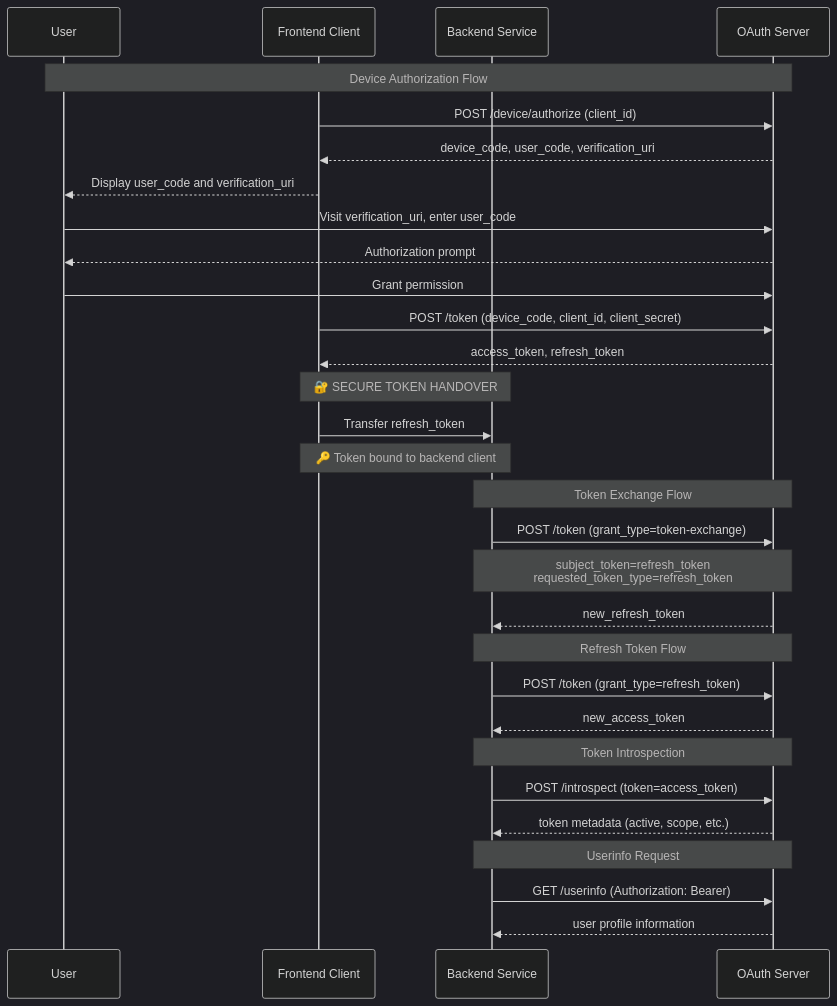
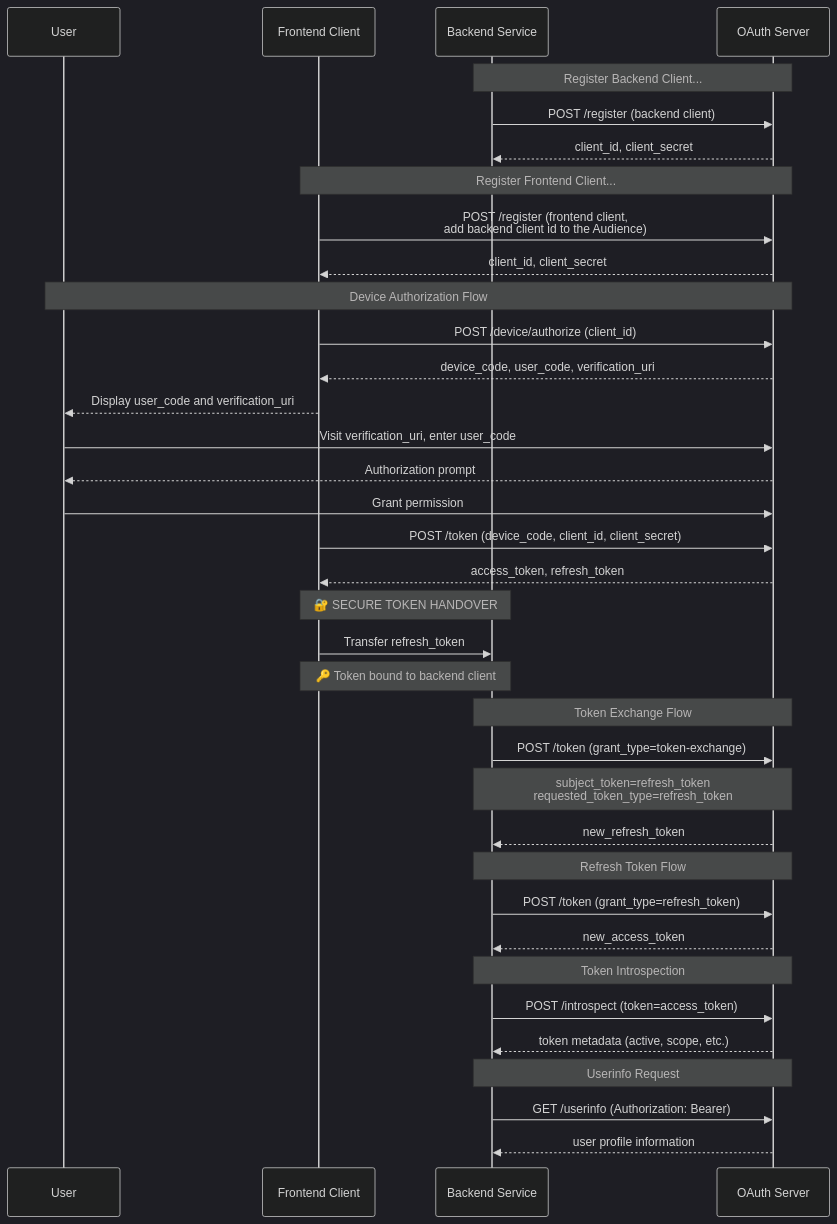
One commit to HarryKodden/token-exchange-demo changed the third of 3 diagrams in README.md. Above: the diagram before and after it, drawn with Mermaid (dark theme). The commit also changed other lines of this file, not shown here.

````diff
--- a/README.md
+++ b/README.md
@@ -407,39 +407,46 @@
 ```mermaid
 sequenceDiagram
     participant U as User
     participant F as Frontend Client
     participant B as Backend Service
     participant O as OAuth Server
 
+
+    Note over B,O: Register Backend Client...
+    B->>O: POST /register (backend client)
+    O-->>B: client_id, client_secret
+    Note over F,O: Register Frontend Client...
+    F->>O: POST /register (frontend client,<br/>add backend client id to the Audience)
+    O-->>F: client_id, client_secret
 
     Note over U,O: Device Authorization Flow
     F->>O: POST /device/authorize (client_id)
     O-->>F: device_code, user_code, verification_uri
     F-->>U: Display user_code and verification_uri
     U->>O: Visit verification_uri, enter user_code
     O-->>U: Authorization prompt
     U->>O: Grant permission
     F->>O: POST /token (device_code, client_id, client_secret)
     O-->>F: access_token, refresh_token
 
     Note over F,B: 🔐 SECURE TOKEN HANDOVER
     F->>B: Transfer refresh_token
     Note over F,B: 🔑 Token bound to backend client
 
     Note over B,O: Token Exchange Flow
     B->>O: POST /token (grant_type=token-exchange)
     Note over B,O: subject_token=refresh_token<br/>requested_token_type=refresh_token
     O-->>B: new_refresh_token
 
     Note over B,O: Refresh Token Flow
     B->>O: POST /token (grant_type=refresh_token)
     O-->>B: new_access_token
 
     Note over B,O: Token Introspection
     B->>O: POST /introspect (token=access_token)
     O-->>B: token metadata (active, scope, etc.)
 
     Note over B,O: Userinfo Request
     B->>O: GET /userinfo (Authorization: Bearer)
     O-->>B: user profile information
 ```
````
